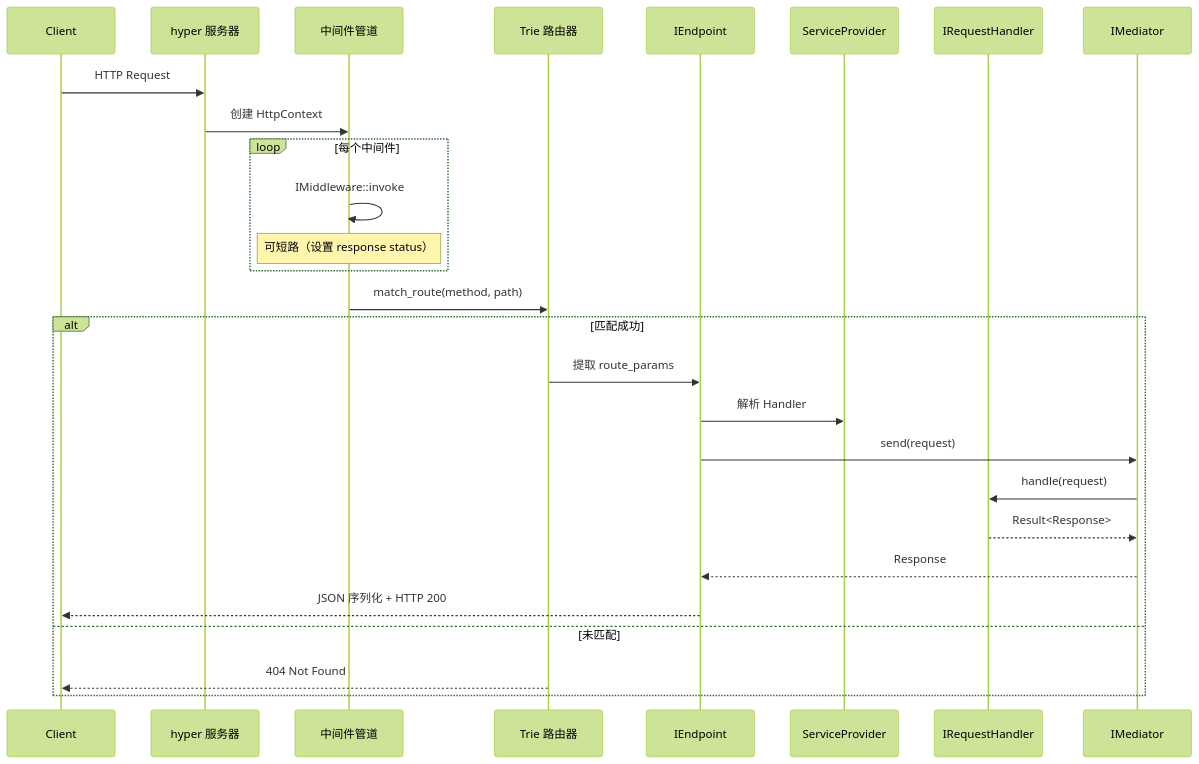
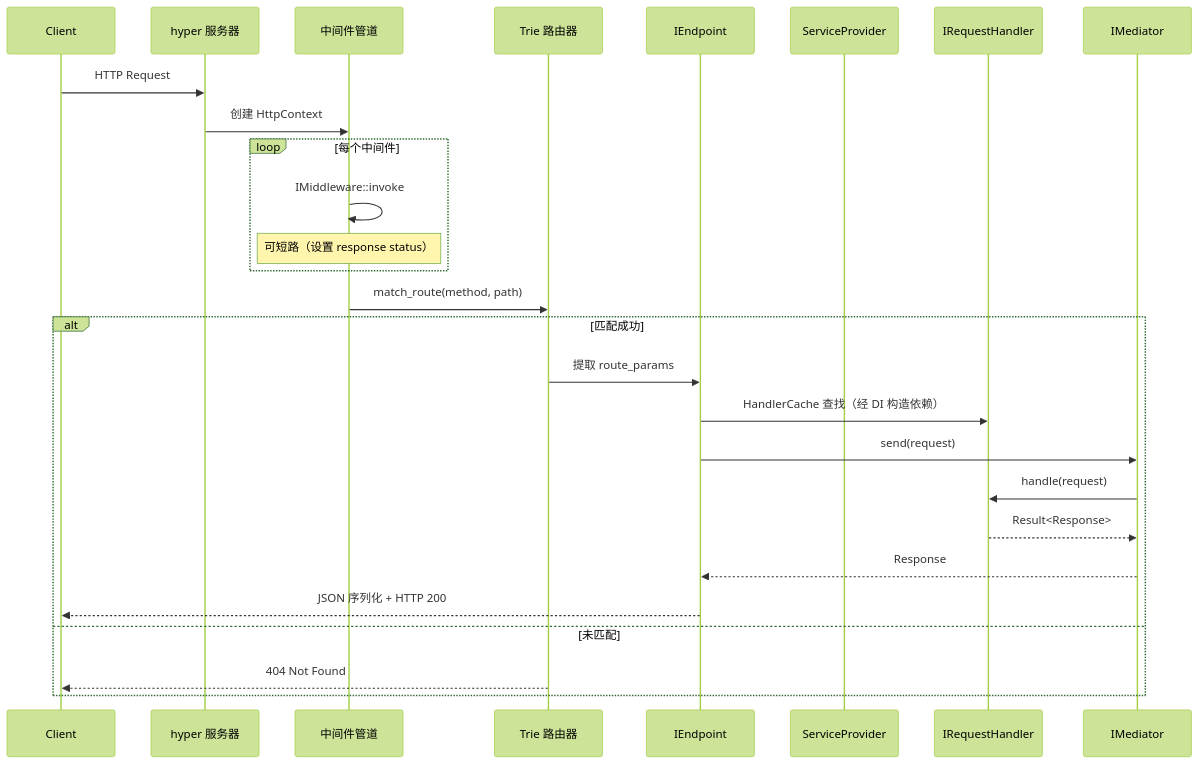
One commit to Rust-Framework/rust-webx changed the first of 2 diagrams in docs/rust-webx/04-architecture/request-lifecycle.md. Above: the diagram before and after it, drawn with Mermaid (forest theme). The commit also changed other lines of this file and 81 other files, not shown here.

````diff
--- a/docs/rust-webx/04-architecture/request-lifecycle.md
+++ b/docs/rust-webx/04-architecture/request-lifecycle.md
@@ -5,30 +5,30 @@
 ```mermaid
 sequenceDiagram
     participant Client
     participant Hyper as hyper 服务器
     participant Pipeline as 中间件管道
     participant Router as Trie 路由器
     participant Endpoint as IEndpoint
     participant DI as ServiceProvider
     participant Handler as IRequestHandler
     participant Mediator as IMediator
 
     Client->>Hyper: HTTP Request
     Hyper->>Pipeline: 创建 HttpContext
     loop 每个中间件
         Pipeline->>Pipeline: IMiddleware::invoke
         Note over Pipeline: 可短路（设置 response status）
     end
     Pipeline->>Router: match_route(method, path)
     alt 匹配成功
         Router->>Endpoint: 提取 route_params
-        Endpoint->>DI: 解析 Handler
+        Endpoint->>Handler: HandlerCache 查找（经 DI 构造依赖）
         Endpoint->>Mediator: send(request)
         Mediator->>Handler: handle(request)
         Handler-->>Mediator: Result<Response>
         Mediator-->>Endpoint: Response
         Endpoint-->>Client: JSON 序列化 + HTTP 200
     else 未匹配
         Router-->>Client: 404 Not Found
     end
 ```
````
